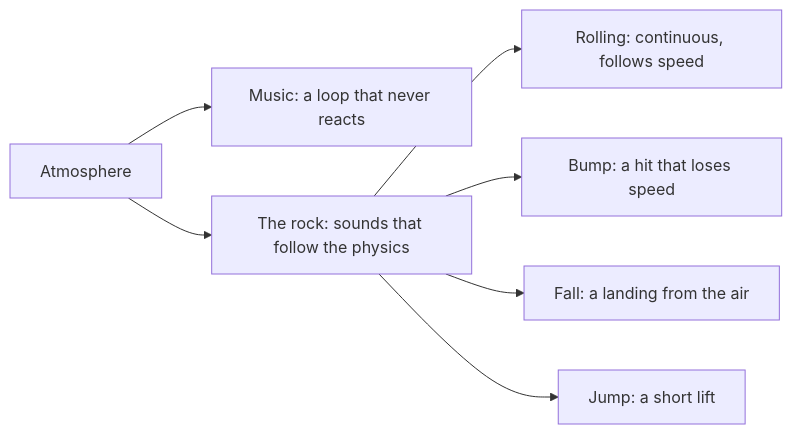
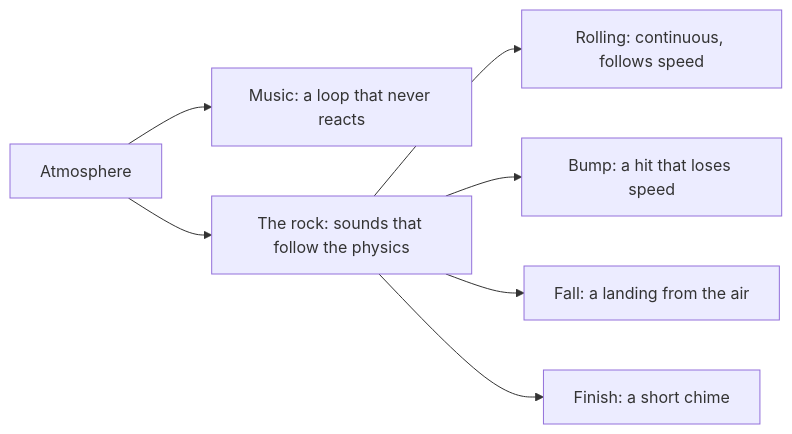
Before and after one commit to cnotv/generative-art: the diagram in documentation/docs/journey/rock-runner-sound.md, drawn with Mermaid. The commit also changed other lines of this file and 10 other files, not shown here.

````diff
--- a/documentation/docs/journey/rock-runner-sound.md
+++ b/documentation/docs/journey/rock-runner-sound.md
@@ -34,9 +34,9 @@
 ```mermaid
 flowchart LR
   A[Atmosphere] --> B[Music: a loop that never reacts]
   A --> C[The rock: sounds that follow the physics]
   C --> D[Rolling: continuous, follows speed]
   C --> E[Bump: a hit that loses speed]
   C --> F[Fall: a landing from the air]
-  C --> G[Jump: a short lift]
+  C --> G[Finish: a short chime]
 ```
````
